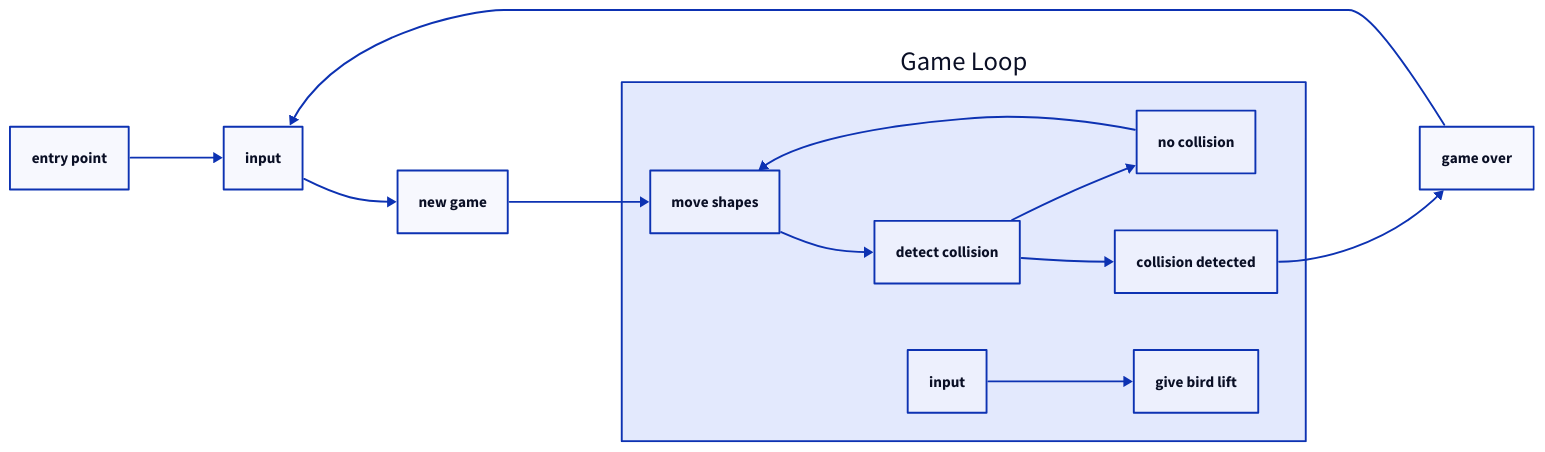
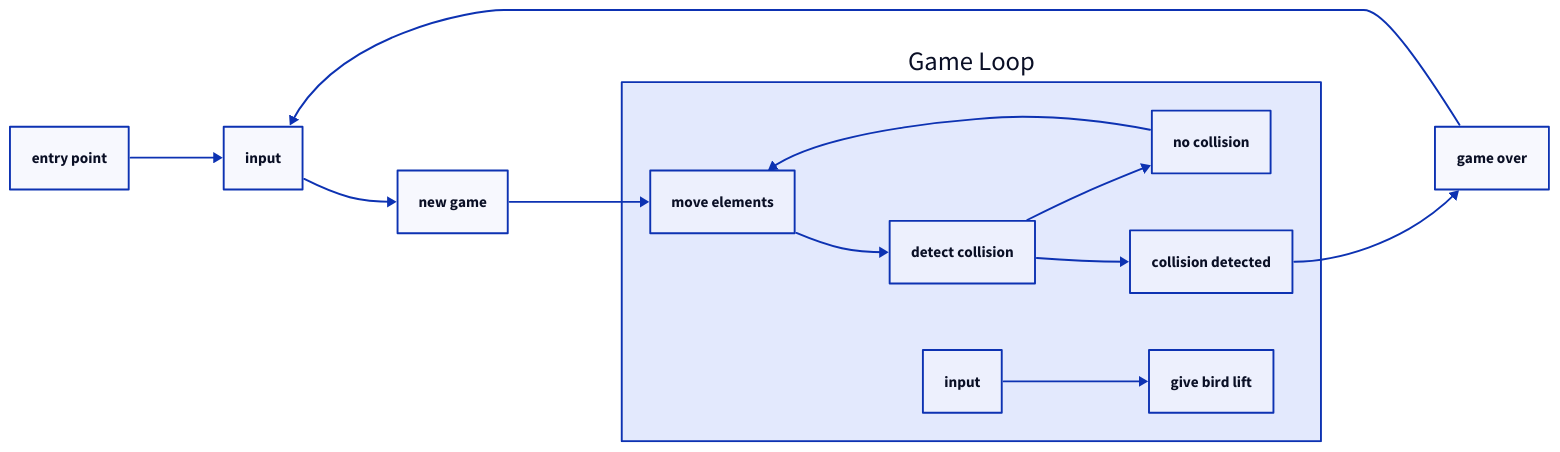
One commit to nhooyr/flappybird changed the diagram in pres/game-loop.d2. Above: the diagram before and after it, drawn with D2. The commit also changed 5 other files, not shown here.

```diff
--- a/pres/game-loop.d2
+++ b/pres/game-loop.d2
@@ -1,12 +1,12 @@
 direction: right
-entry point -> input -> new game -> Game Loop.move shapes
+entry point -> input -> new game -> Game Loop.move elements
 
 Game Loop: {
-  move shapes -> detect collision
-  detect collision -> no collision -> move shapes
+  move elements -> detect collision
+  detect collision -> no collision -> move elements
   detect collision -> collision detected -> _.game over
 
   input -> give bird lift
 }
 
 game over -> input
```
